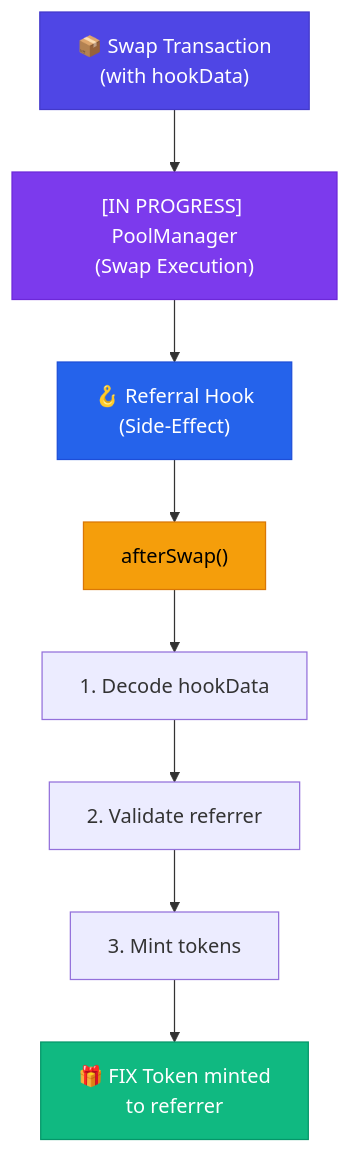
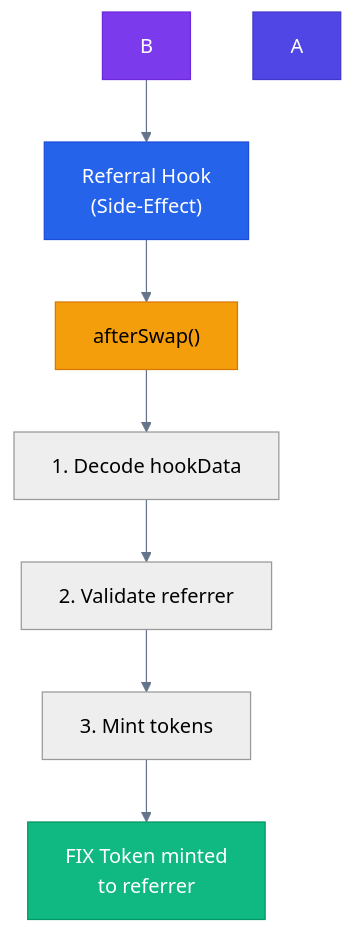
Before and after one commit to guglxni/the-fixer-hook: the first of 12 diagrams in docs/SYSTEM_DESIGN.md, drawn with Mermaid. The commit also changed other lines of this file and 514 other files, not shown here.

Commit message:
Clean docs: remove emojis, add professional mermaid styling

````diff
--- a/docs/SYSTEM_DESIGN.md
+++ b/docs/SYSTEM_DESIGN.md
@@ -63,16 +63,15 @@
 ```mermaid
+%%{init: {'theme': 'neutral', 'themeVariables': { 'primaryColor': '#2563eb', 'primaryTextColor': '#1e293b', 'primaryBorderColor': '#3b82f6', 'lineColor': '#64748b', 'secondaryColor': '#f1f5f9', 'tertiaryColor': '#e2e8f0'}}}%%
 flowchart TD
-    A["📦 Swap Transaction\n(with hookData)"] --> B["[IN PROGRESS] PoolManager\n(Swap Execution)"]
-    B --> C["🪝 Referral Hook\n(Side-Effect)"]
+    B --> C[" Referral Hook\n(Side-Effect)"]
     C --> D["afterSwap()"]
     D --> D1["1. Decode hookData"]
     D1 --> D2["2. Validate referrer"]
     D2 --> D3["3. Mint tokens"]
-    D3 --> E["🎁 FIX Token minted\nto referrer"]
-
+    D3 --> E[" FIX Token minted\nto referrer"]
     style A fill:#4F46E5,color:#fff,stroke:#4338CA
     style B fill:#7C3AED,color:#fff,stroke:#6D28D9
     style C fill:#2563EB,color:#fff,stroke:#1D4ED8
     style D fill:#F59E0B,color:#000,stroke:#D97706
     style E fill:#10B981,color:#fff,stroke:#059669
 ```
````
